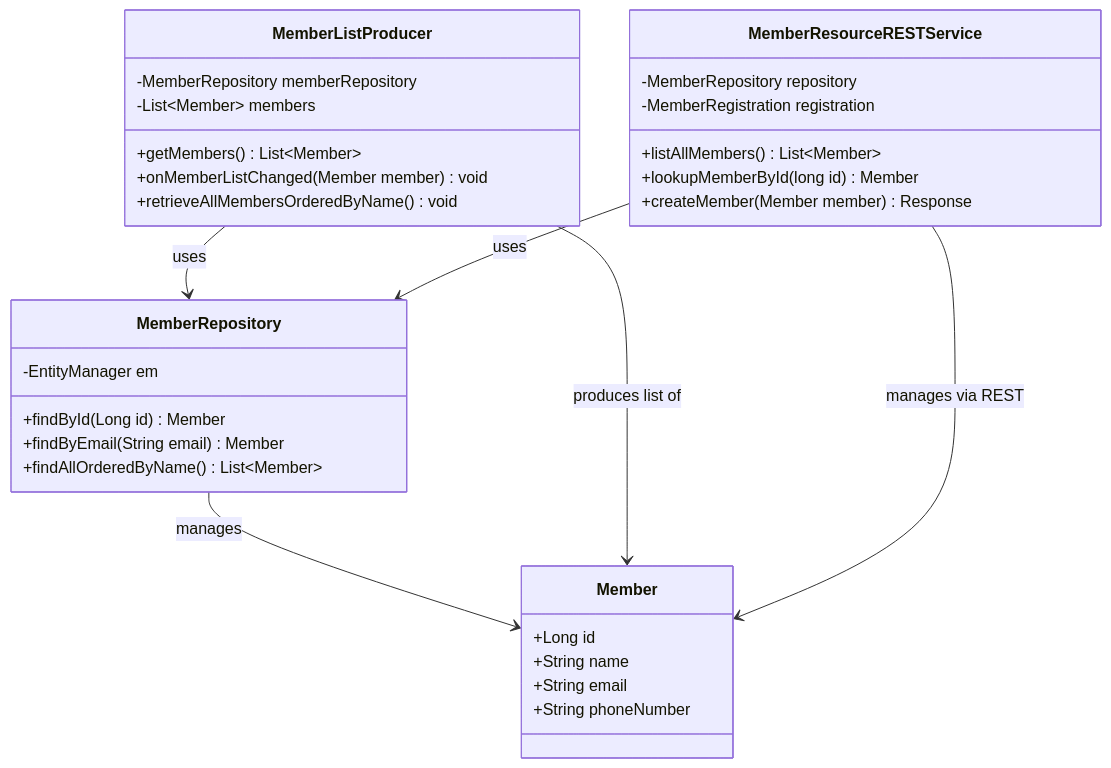
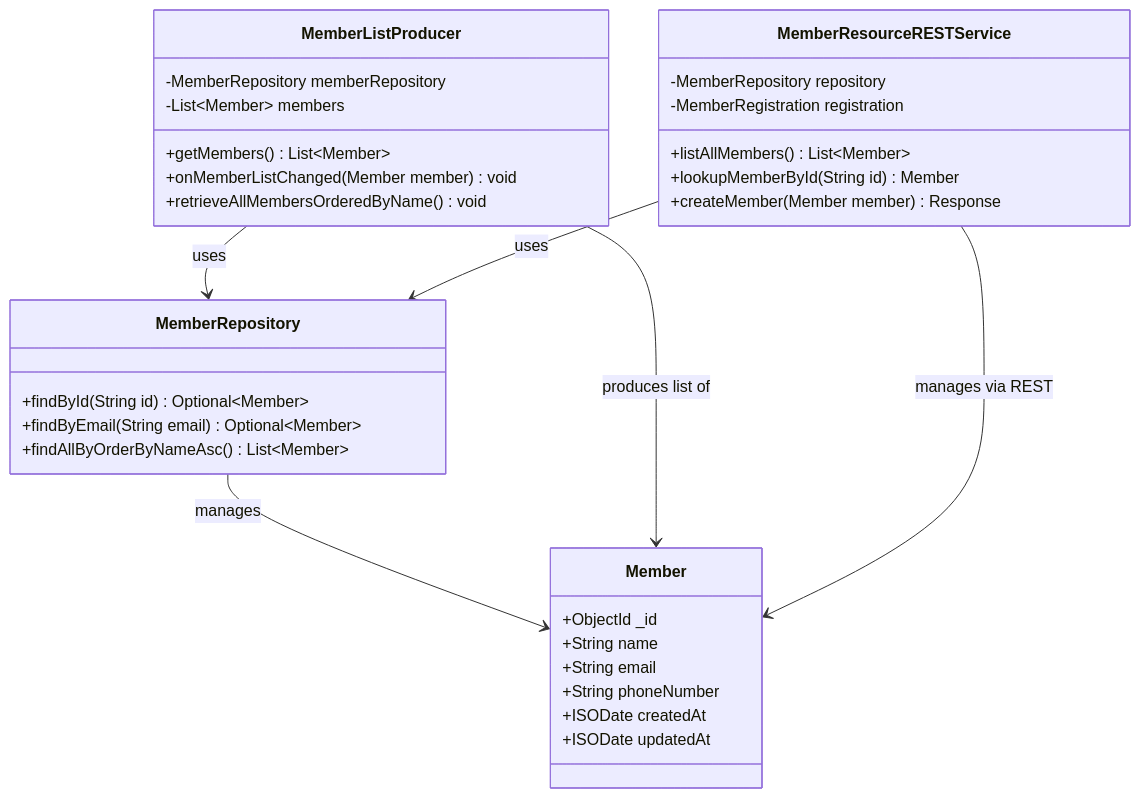
The third of 3 diagrams in documentation/data-models.md (olibchr/kitchensink), drawn with Mermaid before and after one commit. The commit also changed other lines of this file and 1 other file, not shown here.

````diff
--- a/documentation/data-models.md
+++ b/documentation/data-models.md
@@ -46,38 +54,39 @@
 ```mermaid
 classDiagram
     class Member {
-        +Long id
+        +ObjectId _id
         +String name
         +String email
         +String phoneNumber
+        +ISODate createdAt
+        +ISODate updatedAt
     }
     
     class MemberRepository {
-        -EntityManager em
-        +findById(Long id) Member
-        +findByEmail(String email) Member
-        +findAllOrderedByName() List~Member~
+        +findById(String id) Optional~Member~
+        +findByEmail(String email) Optional~Member~
+        +findAllByOrderByNameAsc() List~Member~
     }
     
     class MemberListProducer {
         -MemberRepository memberRepository
         -List~Member~ members
         +getMembers() List~Member~
         +onMemberListChanged(Member member) void
         +retrieveAllMembersOrderedByName() void
     }
     
     class MemberResourceRESTService {
         -MemberRepository repository
         -MemberRegistration registration
         +listAllMembers() List~Member~
-        +lookupMemberById(long id) Member
+        +lookupMemberById(String id) Member
         +createMember(Member member) Response
     }
     
     MemberRepository --> Member : manages
     MemberListProducer --> MemberRepository : uses
     MemberListProducer --> Member : produces list of
     MemberResourceRESTService --> MemberRepository : uses
     MemberResourceRESTService --> Member : manages via REST
-``` 
+```
````
